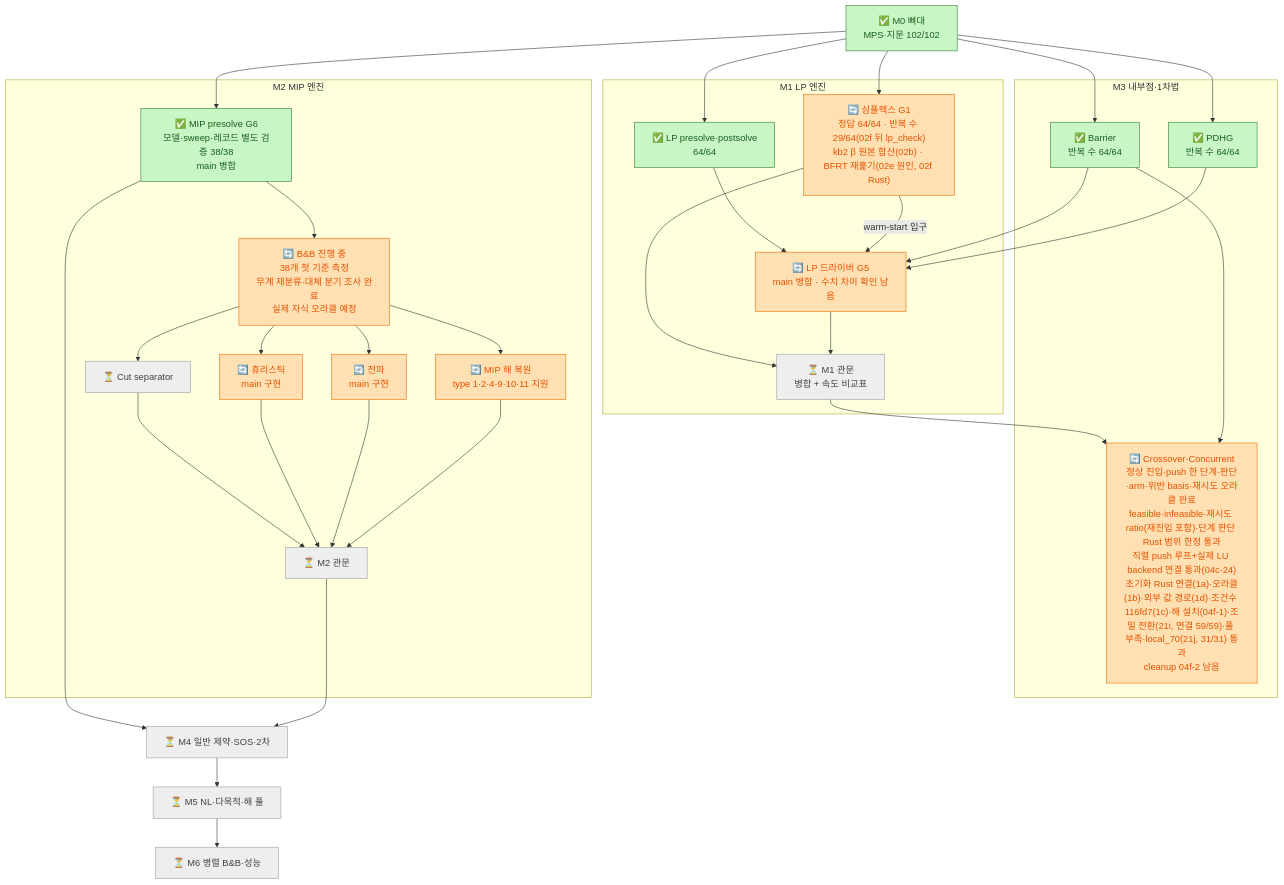
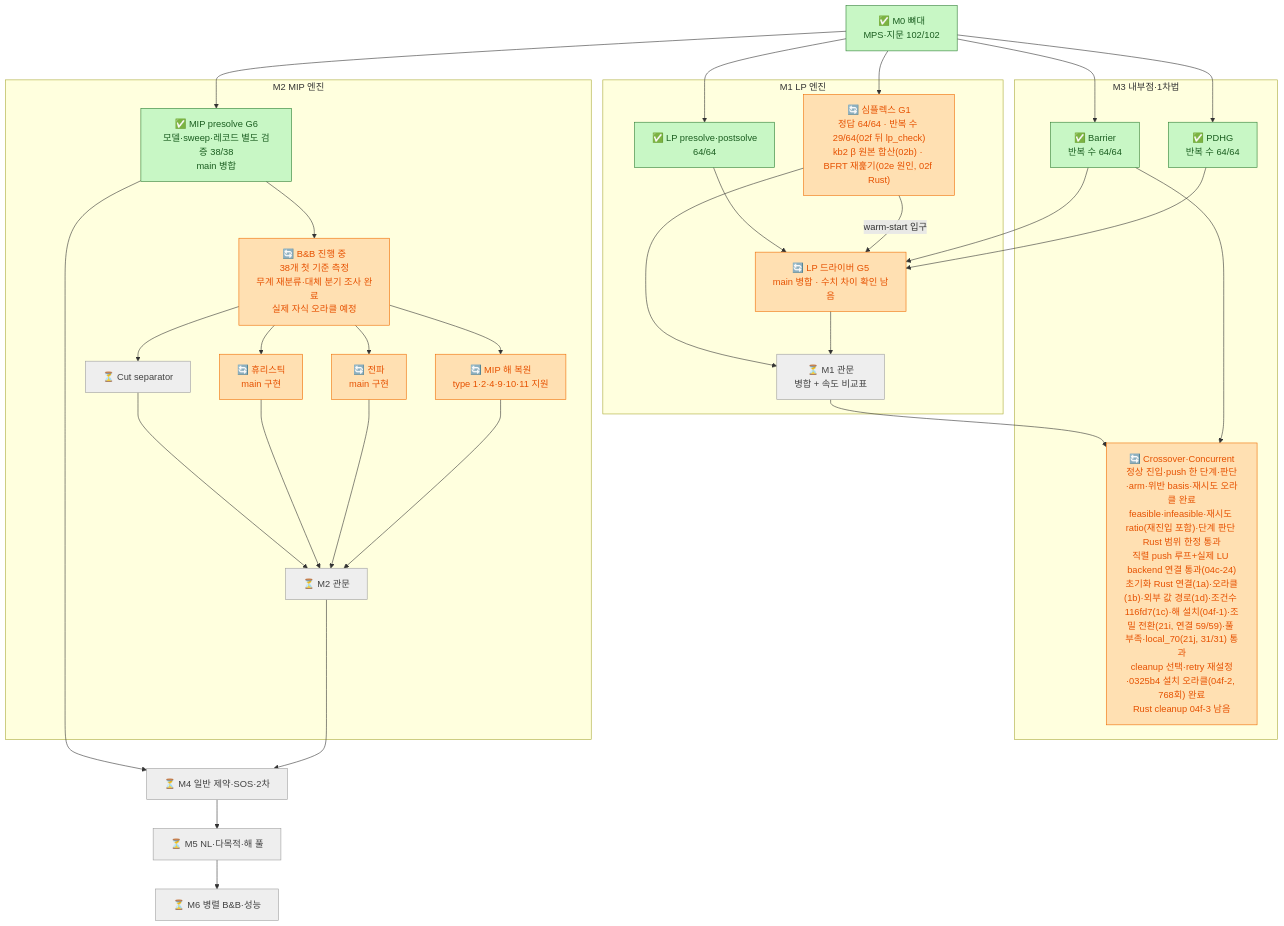
One commit to kjh278231/kerobi changed the diagram in docs/12_roadmap_diagram.md. Above: the diagram before and after it, drawn with Mermaid. The commit also changed other lines of this file and 778 other files, not shown here.

````diff
--- a/docs/12_roadmap_diagram.md
+++ b/docs/12_roadmap_diagram.md
@@ -217,49 +219,49 @@
 ```mermaid
 flowchart TD
     classDef done fill:#c8f7c5,stroke:#2e7d32,color:#1b5e20
     classDef doing fill:#ffe0b2,stroke:#ef6c00,color:#e65100
     classDef pending fill:#bbdefb,stroke:#1565c0,color:#0d47a1
     classDef todo fill:#eeeeee,stroke:#9e9e9e,color:#424242
 
     M0["✅ M0 뼈대<br/>MPS·지문 102/102"]:::done
 
     subgraph M1["M1 LP 엔진"]
         PRE["✅ LP presolve·postsolve<br/>64/64"]:::done
         SPX["🔄 심플렉스 G1<br/>정답 64/64 · 반복 수 29/64(02f 뒤 lp_check)<br/>kb2 β 원본 합산(02b) · BFRT 재훑기(02e 원인, 02f Rust)"]:::doing
         DRV["🔄 LP 드라이버 G5<br/>main 병합 · 수치 차이 확인 남음"]:::doing
         GATE1["⏳ M1 관문<br/>병합 + 속도 비교표"]:::todo
     end
 
     subgraph M3["M3 내부점·1차법"]
         BAR["✅ Barrier<br/>반복 수 64/64"]:::done
         PDHG["✅ PDHG<br/>반복 수 64/64"]:::done
-        XO["🔄 Crossover·Concurrent<br/>정상 진입·push 한 단계·판단·arm·위반 basis·재시도 오라클 완료<br/>feasible·infeasible·재시도 ratio(재진입 포함)·단계 판단 Rust 범위 한정 통과<br/>직렬 push 루프+실제 LU backend 연결 통과(04c-24)<br/>초기화 Rust 연결(1a)·오라클(1b)·외부 값 경로(1d)·조건수 116fd7(1c)·해 설치(04f-1)·조밀 전환(21i, 연결 59/59)·풀 부족·local_70(21j, 31/31) 통과<br/>cleanup 04f-2 남음"]:::doing
+        XO["🔄 Crossover·Concurrent<br/>정상 진입·push 한 단계·판단·arm·위반 basis·재시도 오라클 완료<br/>feasible·infeasible·재시도 ratio(재진입 포함)·단계 판단 Rust 범위 한정 통과<br/>직렬 push 루프+실제 LU backend 연결 통과(04c-24)<br/>초기화 Rust 연결(1a)·오라클(1b)·외부 값 경로(1d)·조건수 116fd7(1c)·해 설치(04f-1)·조밀 전환(21i, 연결 59/59)·풀 부족·local_70(21j, 31/31) 통과<br/>cleanup 선택·retry 재설정·0325b4 설치 오라클(04f-2, 768회) 완료<br/>Rust cleanup 04f-3 남음"]:::doing
     end
 
     subgraph M2["M2 MIP 엔진"]
         MPRE["✅ MIP presolve G6<br/>모델·sweep·레코드 별도 검증 38/38<br/>main 병합"]:::done
         BNB["🔄 B&B 진행 중<br/>38개 첫 기준 측정<br/>무계 재분류·대체 분기 조사 완료<br/>실제 자식 오라클 예정"]:::doing
         CUT["⏳ Cut separator"]:::todo
         HEU["🔄 휴리스틱<br/>main 구현"]:::doing
         PROP["🔄 전파<br/>main 구현"]:::doing
         POST["🔄 MIP 해 복원<br/>type 1·2·4·9·10·11 지원"]:::doing
         GATE2["⏳ M2 관문"]:::todo
     end
 
     M4["⏳ M4 일반 제약·SOS·2차"]:::todo
     M5["⏳ M5 NL·다목적·해 풀"]:::todo
     M6["⏳ M6 병렬 B&B·성능"]:::todo
 
     M0 --> PRE & SPX & BAR & PDHG & MPRE
     PRE --> DRV
     BAR & PDHG --> DRV
     SPX -- "warm-start 입구" --> DRV
     SPX & DRV --> GATE1
     GATE1 --> XO
     BAR --> XO
     MPRE --> BNB
     BNB --> CUT & HEU & PROP & POST
     CUT & HEU & PROP & POST --> GATE2
     MPRE --> M4
     GATE2 --> M4 --> M5 --> M6
 ```
````
